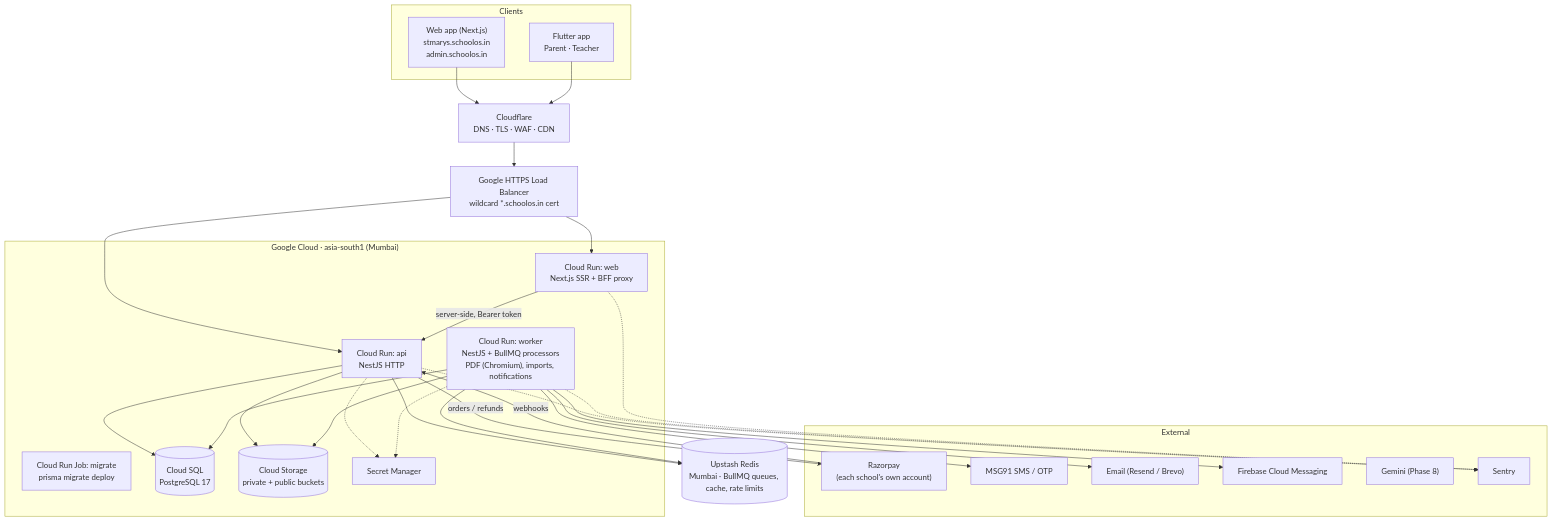
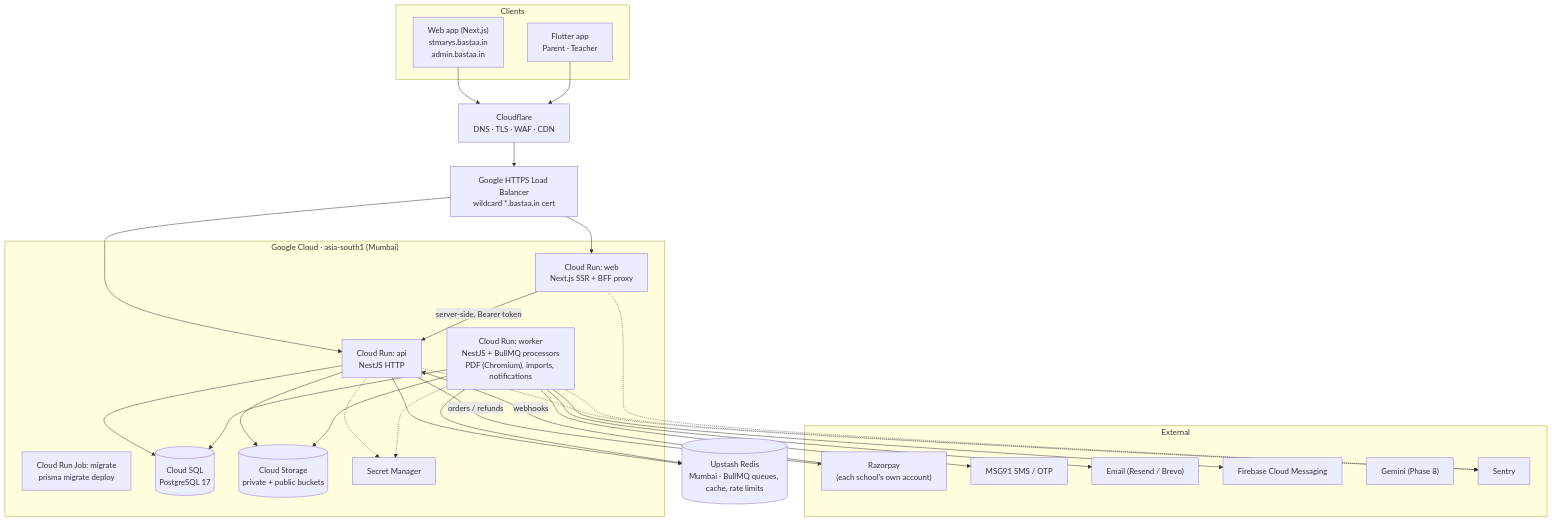
Before and after one commit to manashsingh52/School_ERP: the first of 2 diagrams in docs/01-architecture.md, drawn with Mermaid. The commit also changed other lines of this file and 114 other files, not shown here.

````diff
--- a/docs/01-architecture.md
+++ b/docs/01-architecture.md
@@ -9,48 +9,48 @@
 ```mermaid
 flowchart TB
   subgraph Clients
-    W["Web app (Next.js)<br/>stmarys.schoolos.in<br/>admin.schoolos.in"]
+    W["Web app (Next.js)<br/>stmarys.bastaa.in<br/>admin.bastaa.in"]
     M["Flutter app<br/>Parent · Teacher"]
   end
 
   CF["Cloudflare<br/>DNS · TLS · WAF · CDN"]
-  LB["Google HTTPS Load Balancer<br/>wildcard *.schoolos.in cert"]
+  LB["Google HTTPS Load Balancer<br/>wildcard *.bastaa.in cert"]
 
   subgraph GCP["Google Cloud · asia-south1 (Mumbai)"]
     WEB["Cloud Run: web<br/>Next.js SSR + BFF proxy"]
     API["Cloud Run: api<br/>NestJS HTTP"]
     WRK["Cloud Run: worker<br/>NestJS + BullMQ processors<br/>PDF (Chromium), imports, notifications"]
     MIG["Cloud Run Job: migrate<br/>prisma migrate deploy"]
     SQL[("Cloud SQL<br/>PostgreSQL 17")]
     GCS[("Cloud Storage<br/>private + public buckets")]
     SM["Secret Manager"]
   end
 
   R[("Upstash Redis<br/>Mumbai · BullMQ queues, cache, rate limits")]
 
   subgraph External
     RZP["Razorpay<br/>(each school's own account)"]
     SMS["MSG91 SMS / OTP"]
     MAIL["Email (Resend / Brevo)"]
     FCM["Firebase Cloud Messaging"]
     GEM["Gemini (Phase 8)"]
     SEN["Sentry"]
   end
 
   W --> CF --> LB
   M --> CF
   LB --> WEB
   LB --> API
   WEB -- "server-side, Bearer token" --> API
   API --> SQL
   API --> GCS
   API --> R
   WRK --> R
   WRK --> SQL
   WRK --> GCS
   WRK --> SMS & MAIL & FCM
   RZP -- webhooks --> API
   API -- orders / refunds --> RZP
   API & WRK & WEB -.-> SEN
   API & WRK -.-> SM
 ```
````
